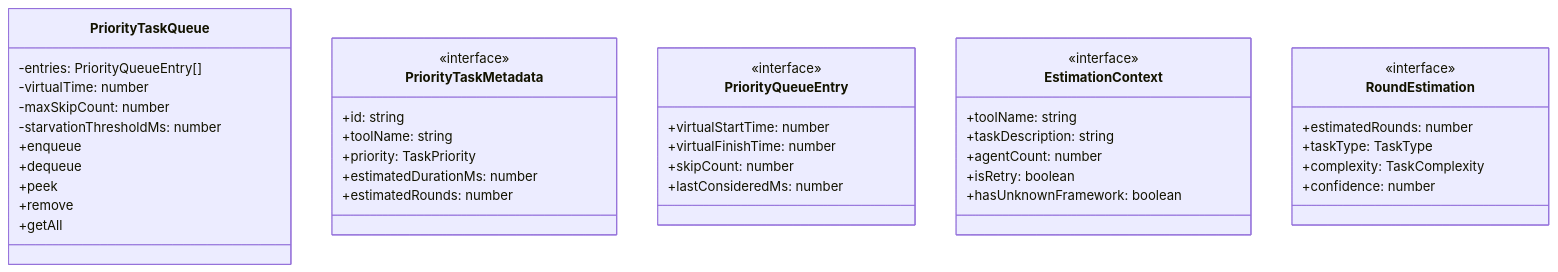
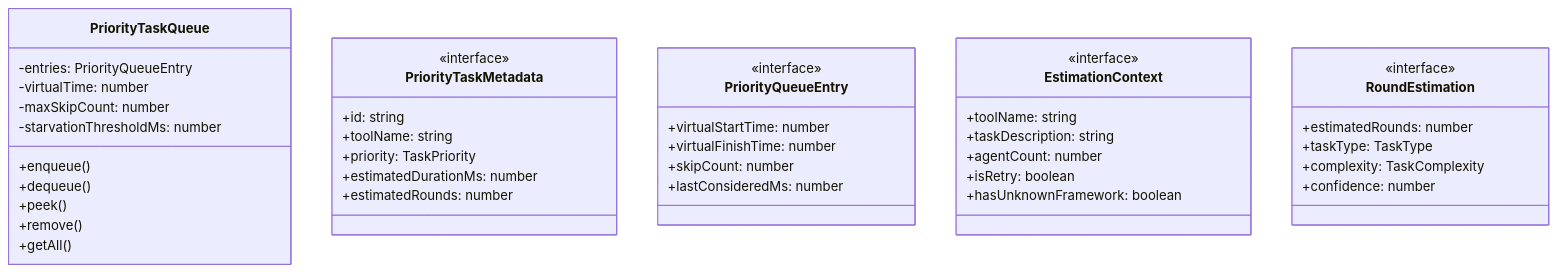
Before and after one commit to Mekann2904/mekann: the first of 2 diagrams in ABDD/.pi/lib/priority-scheduler.md, drawn with Mermaid. The commit also changed other lines of this file and 174 other files, not shown here.

First line of the commit message:
fix(docs): ABDDのMermaid図生成エラーを修正する

````diff
--- a/ABDD/.pi/lib/priority-scheduler.md
+++ b/ABDD/.pi/lib/priority-scheduler.md
@@ -38,44 +38,44 @@
 ```mermaid
 classDiagram
   class PriorityTaskQueue {
-    -entries: PriorityQueueEntry[]
+    -entries: PriorityQueueEntry
     -virtualTime: number
     -maxSkipCount: number
     -starvationThresholdMs: number
-    +enqueue
-    +dequeue
-    +peek
-    +remove
-    +getAll
+    +enqueue()
+    +dequeue()
+    +peek()
+    +remove()
+    +getAll()
   }
   class PriorityTaskMetadata {
     <<interface>>
     +id: string
     +toolName: string
     +priority: TaskPriority
     +estimatedDurationMs: number
     +estimatedRounds: number
   }
   class PriorityQueueEntry {
     <<interface>>
     +virtualStartTime: number
     +virtualFinishTime: number
     +skipCount: number
     +lastConsideredMs: number
   }
   class EstimationContext {
     <<interface>>
     +toolName: string
     +taskDescription: string
     +agentCount: number
     +isRetry: boolean
     +hasUnknownFramework: boolean
   }
   class RoundEstimation {
     <<interface>>
     +estimatedRounds: number
     +taskType: TaskType
     +complexity: TaskComplexity
     +confidence: number
   }
 ```
````
